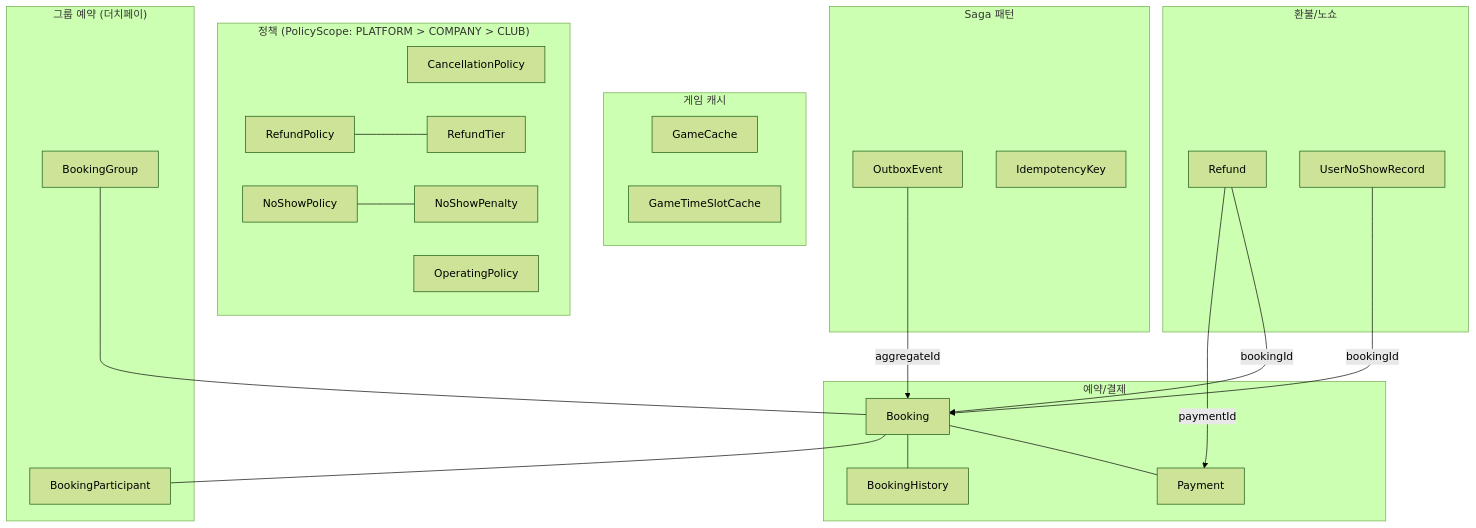
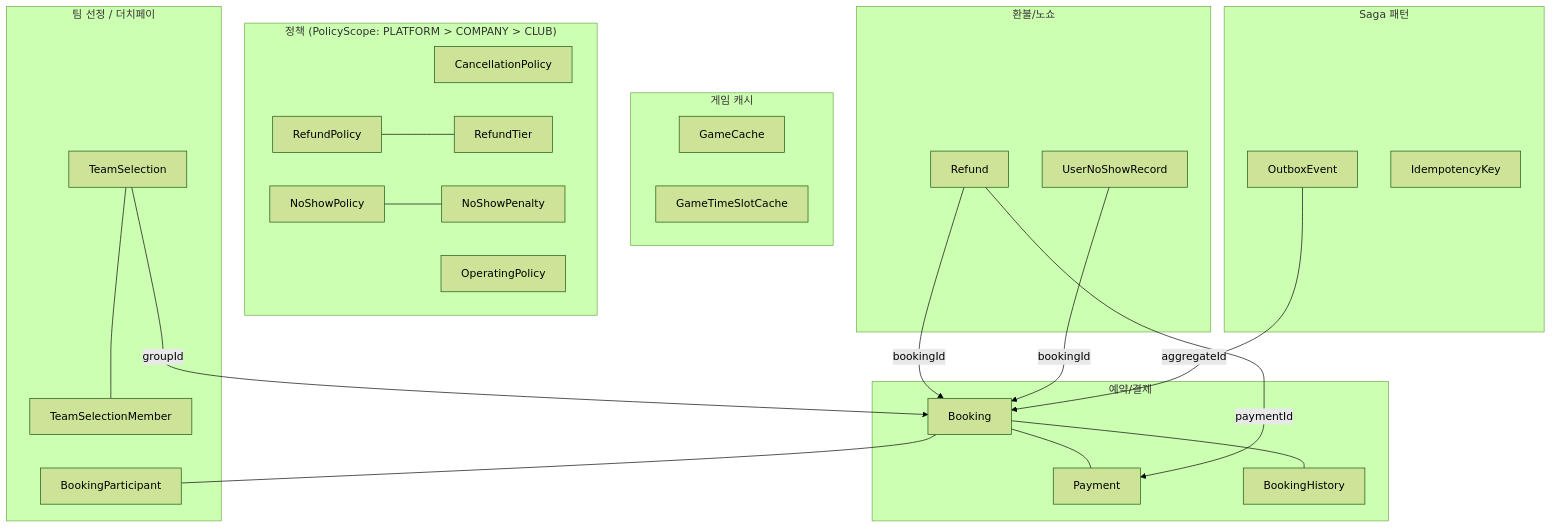
One commit to uniyous/parkgolf-platform changed diagram 13 of 28 in docs/architecture/DATABASE.md. Above: the diagram before and after it, drawn with Mermaid (forest theme). The commit also changed other lines of this file and 17 other files, not shown here.

````diff
--- a/docs/architecture/DATABASE.md
+++ b/docs/architecture/DATABASE.md
@@ -592,48 +614,50 @@
 ```mermaid
 flowchart TB
     subgraph core["예약/결제"]
         B_Booking["Booking"]
         B_Payment["Payment"]
         B_History["BookingHistory"]
         B_Booking --- B_Payment
         B_Booking --- B_History
     end
 
-    subgraph group["그룹 예약 (더치페이)"]
-        BG_Group["BookingGroup"]
+    subgraph team["팀 선정 / 더치페이"]
+        TS_Selection["TeamSelection"]
+        TS_Member["TeamSelectionMember"]
         BG_Participant["BookingParticipant"]
-        BG_Group --- B_Booking
+        TS_Selection --- TS_Member
         B_Booking --- BG_Participant
     end
 
     subgraph cache["게임 캐시"]
         BC_Game["GameCache"]
         BC_Slot["GameTimeSlotCache"]
     end
 
     subgraph refund["환불/노쇼"]
         R_Refund["Refund"]
         R_NoShow["UserNoShowRecord"]
     end
 
     subgraph policy["정책 (PolicyScope: PLATFORM > COMPANY > CLUB)"]
         P_Cancel["CancellationPolicy"]
         P_Refund["RefundPolicy"]
         P_RefundTier["RefundTier"]
         P_NoShow["NoShowPolicy"]
         P_NoShowPenalty["NoShowPenalty"]
         P_Operating["OperatingPolicy"]
         P_Refund --- P_RefundTier
         P_NoShow --- P_NoShowPenalty
     end
 
     subgraph saga["Saga 패턴"]
         S_Outbox["OutboxEvent"]
         S_Idempotency["IdempotencyKey"]
     end
 
     R_Refund -->|bookingId| B_Booking
     R_Refund -->|paymentId| B_Payment
     R_NoShow -->|bookingId| B_Booking
     S_Outbox -->|aggregateId| B_Booking
+    TS_Selection -->|groupId| B_Booking
 ```
````
